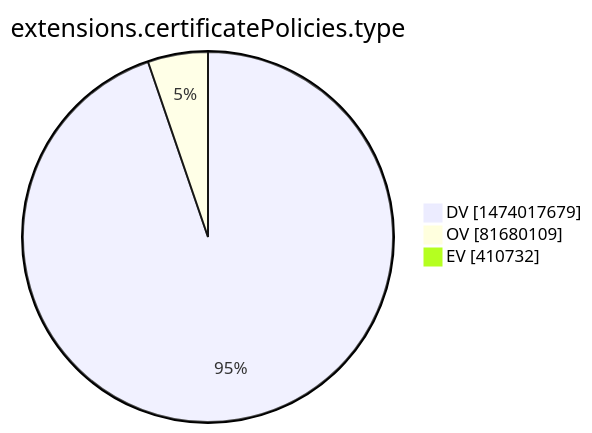
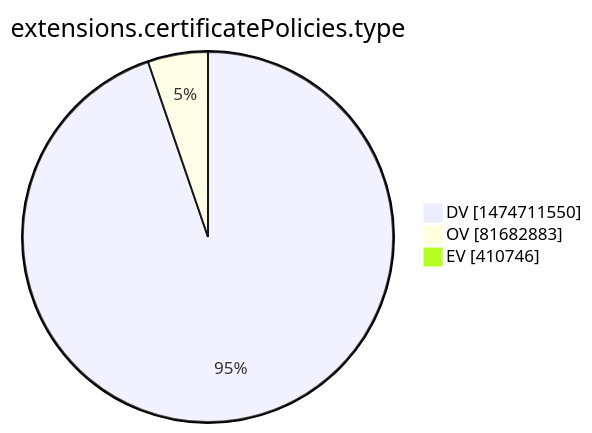
The tenth of 15 diagrams in xenon2022/README.md (christiankrug/ctmonitor_visualization), drawn with Mermaid before and after one commit. The commit also changed other lines of this file, not shown here.

````diff
--- a/xenon2022/README.md
+++ b/xenon2022/README.md
@@ -2872,7 +2872,7 @@
 ```mermaid
 pie showData
 title extensions.certificatePolicies.type
-"DV" :1474017679
-"OV" :81680109
-"EV" :410732
+"DV" :1474711550
+"OV" :81682883
+"EV" :410746
 ```
````
